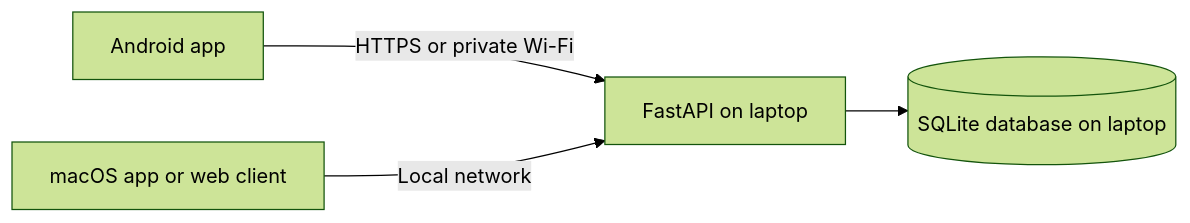
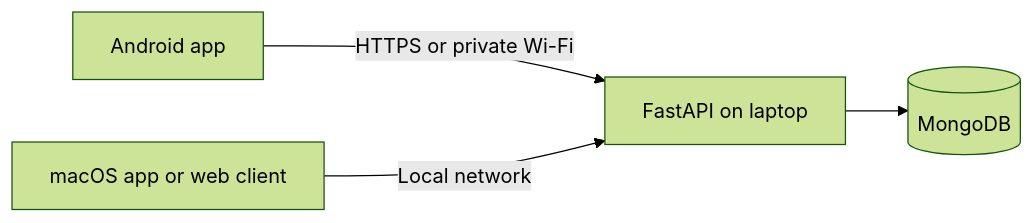
The diagram in README.md (Vish-nath/Beluga), drawn with Mermaid (forest theme) before and after one commit. The commit also changed other lines of this file and 11 other files, not shown here.

````diff
--- a/README.md
+++ b/README.md
@@ -36,6 +36,6 @@
 ```mermaid
 flowchart LR
   A[Android app] -->|HTTPS or private Wi-Fi| C[FastAPI on laptop]
   B[macOS app or web client] -->|Local network| C
-  C --> D[(SQLite database on laptop)]
+  C --> D[(MongoDB)]
 ```
````
